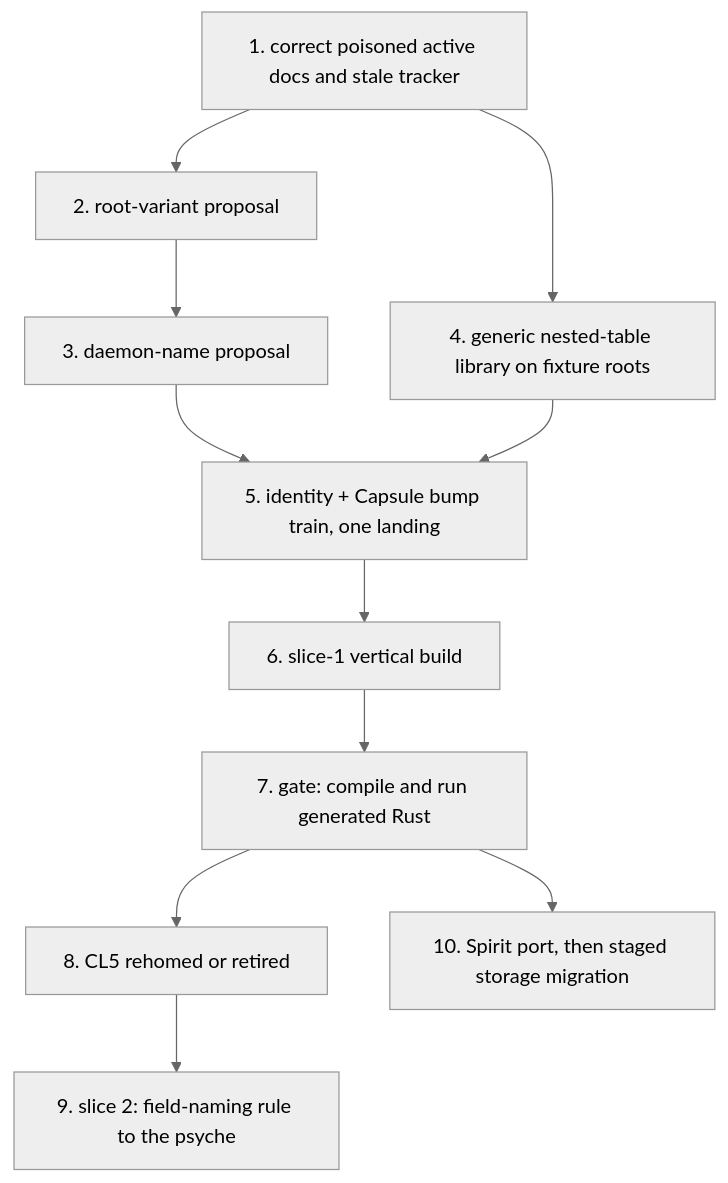
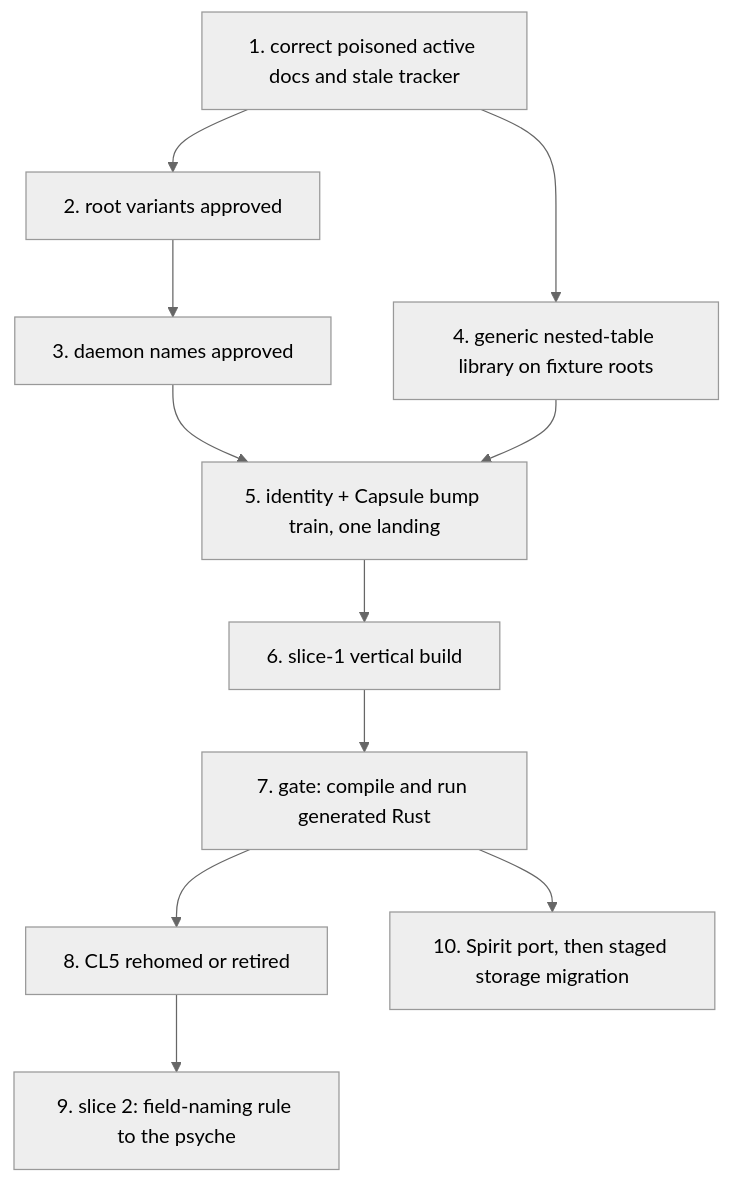
Before and after one commit to LiGoldragon/protos-engine: the diagram in design/ProtosEngine/ProtosEngineDesign-2026-07-28.md, drawn with Mermaid (neutral theme). The commit also changed other lines of this file and 1 other file, not shown here.

````diff
--- a/design/ProtosEngine/ProtosEngineDesign-2026-07-28.md
+++ b/design/ProtosEngine/ProtosEngineDesign-2026-07-28.md
@@ -524,13 +534,13 @@
 ```mermaid
 flowchart TD
-  S1[1. correct poisoned active docs and stale tracker] --> S2[2. root-variant proposal]
-  S2 --> S3[3. daemon-name proposal]
+  S1[1. correct poisoned active docs and stale tracker] --> S2[2. root variants approved]
+  S2 --> S3[3. daemon names approved]
   S1 --> S4[4. generic nested-table library on fixture roots]
   S3 --> S5[5. identity + Capsule bump train, one landing]
   S4 --> S5
   S5 --> S6[6. slice-1 vertical build]
   S6 --> S7[7. gate: compile and run generated Rust]
   S7 --> S8[8. CL5 rehomed or retired]
   S8 --> S9[9. slice 2: field-naming rule to the psyche]
   S7 --> S10[10. Spirit port, then staged storage migration]
 ```
````
